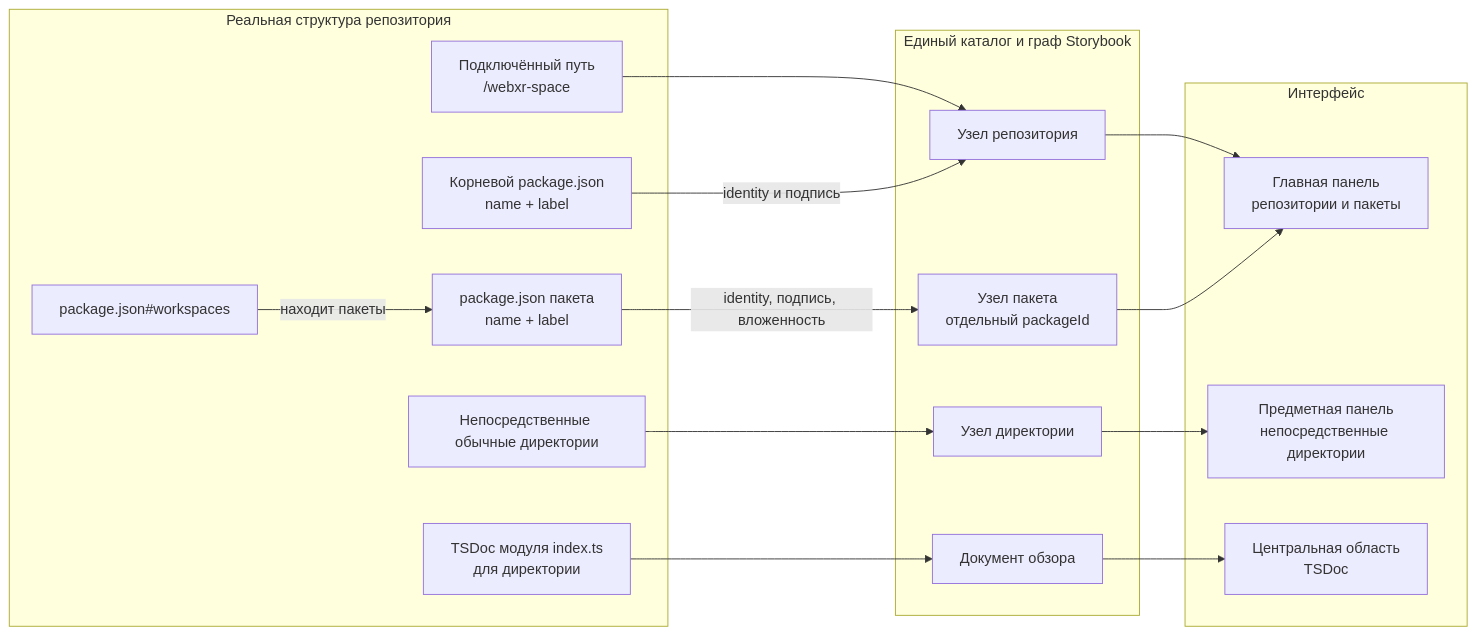
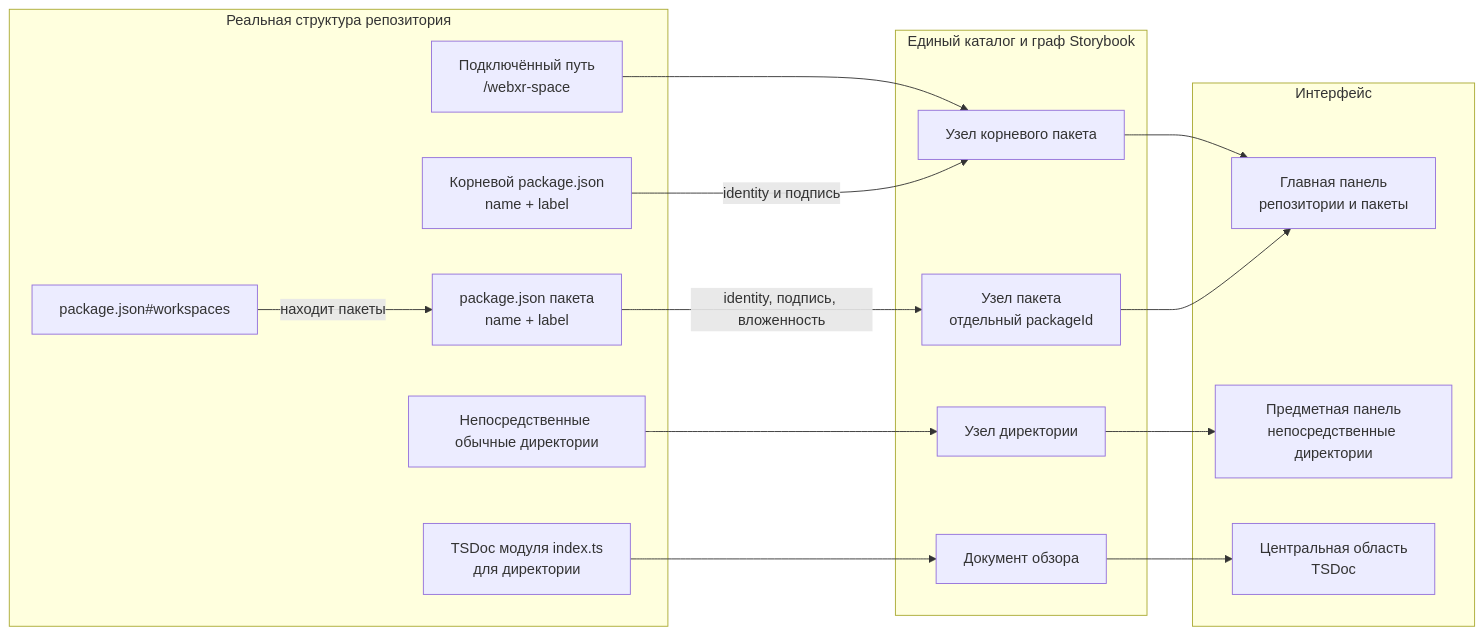
The first of 3 diagrams in archetypes/structure-placement.md (zavx0z/storybook), drawn with Mermaid before and after one commit. The commit also changed other lines of this file and 34 other files, not shown here.

````diff
--- a/archetypes/structure-placement.md
+++ b/archetypes/structure-placement.md
@@ -10,36 +10,36 @@
 ```mermaid
 flowchart LR
   subgraph FS["Реальная структура репозитория"]
     PATH["Подключённый путь<br/>/webxr-space"]
     ROOT["Корневой package.json<br/>name + label"]
     WS["package.json#workspaces"]
     PKG["package.json пакета<br/>name + label"]
     DIR["Непосредственные обычные директории"]
     README["TSDoc модуля index.ts<br/>для директории"]
   end
 
   subgraph NORMAL["Единый каталог и граф Storybook"]
-    REPO["Узел репозитория"]
+    REPO["Узел корневого пакета"]
     PACKAGE["Узел пакета<br/>отдельный packageId"]
     DIRECTORY["Узел директории"]
     DOC["Документ обзора"]
   end
 
   subgraph UI["Интерфейс"]
     MAIN["Главная панель<br/>репозитории и пакеты"]
     SECONDARY["Предметная панель<br/>непосредственные директории"]
     CENTER["Центральная область<br/>TSDoc"]
   end
 
   PATH --> REPO
   ROOT -->|"identity и подпись"| REPO
   WS -->|"находит пакеты"| PKG
   PKG -->|"identity, подпись, вложенность"| PACKAGE
   DIR --> DIRECTORY
   README --> DOC
 
   REPO --> MAIN
   PACKAGE --> MAIN
   DIRECTORY --> SECONDARY
   DOC --> CENTER
 ```
````
